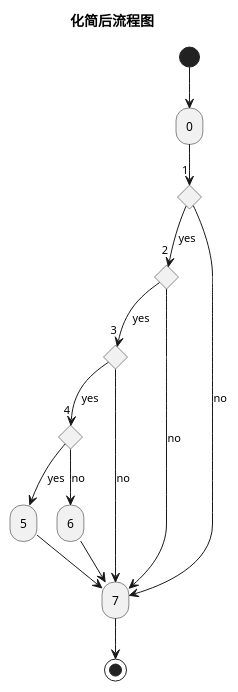
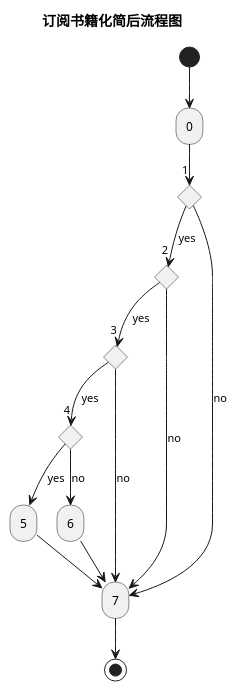
One commit to 658146603/ostp-web changed the third of 3 diagrams in uml/B.plantuml. Above: the diagram before and after it, drawn with PlantUML. The commit also changed other lines of this file and 2 other files, not shown here.

Commit message:
update uml

```diff
--- a/uml/B.plantuml
+++ b/uml/B.plantuml
@@ -27,24 +53,24 @@
 @startuml
-title 化简后流程图
+title 订阅书籍化简后流程图
 (*) --> "0"
 if "1" then
 -->[yes] if "2" then
          --> [yes] if "3" then
                    --> [yes] if "4" then
                              --> [yes] "5"
                              --> "7"
                              else
                              --> [no] "6"
                              --> "7"
                              endif
                    else
                    --> [no] "7"
                    endif
          else
          --> [no] "7"
          endif
 else
 -->[no] "7"
 endif
 --> (*)
 @enduml
```
